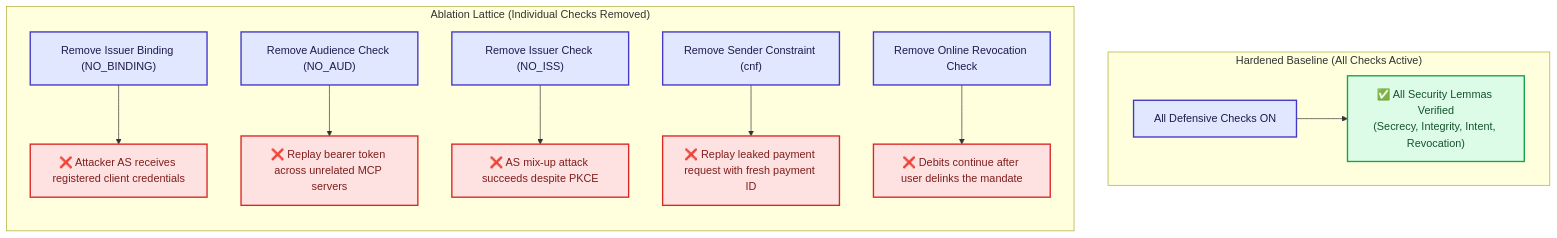
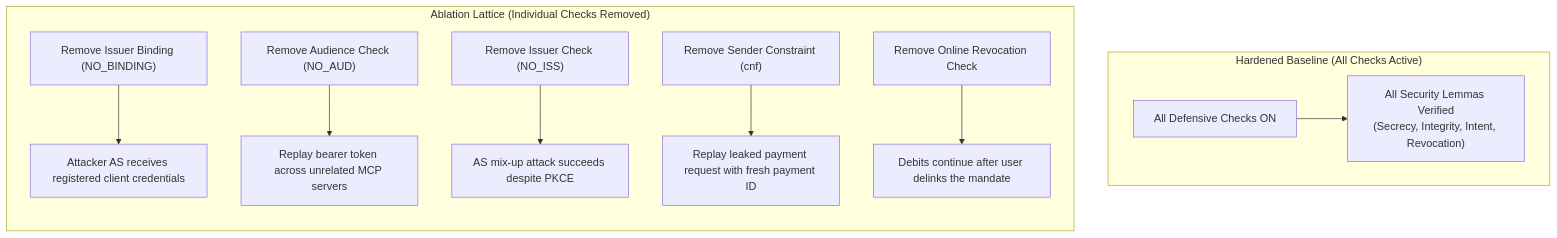
The second of 2 diagrams in blog/2026-11-ietf127-mcp-authorization.mdx (HarshThumar/mcp-auth-tamarin), drawn with Mermaid before and after one commit. The commit also changed other lines of this file and 2 other files, not shown here.

````diff
--- a/blog/2026-11-ietf127-mcp-authorization.mdx
+++ b/blog/2026-11-ietf127-mcp-authorization.mdx
@@ -85,19 +71,15 @@
 ```mermaid
 flowchart TD
-    classDef verified fill:#dcfce7,stroke:#16a34a,stroke-width:2px,color:#14532d;
-    classDef attack fill:#fee2e2,stroke:#dc2626,stroke-width:2px,color:#7f1d1d;
-    classDef check fill:#e0e7ff,stroke:#4338ca,stroke-width:2px,color:#1e1b4b;
-
     subgraph Hardened["Hardened Baseline (All Checks Active)"]
-        AllOn["All Defensive Checks ON"]:::check --> Proved["✅ All Security Lemmas Verified<br/>(Secrecy, Integrity, Intent, Revocation)"]:::verified
+        AllOn["All Defensive Checks ON"] --> Proved["All Security Lemmas Verified<br/>(Secrecy, Integrity, Intent, Revocation)"]
     end
 
     subgraph Lattice["Ablation Lattice (Individual Checks Removed)"]
         direction TB
-        F1["Remove Issuer Binding (NO_BINDING)"]:::check --> A1["❌ Attacker AS receives registered client credentials"]:::attack
-        F2["Remove Audience Check (NO_AUD)"]:::check --> A2["❌ Replay bearer token across unrelated MCP servers"]:::attack
-        F3["Remove Issuer Check (NO_ISS)"]:::check --> A3["❌ AS mix-up attack succeeds despite PKCE"]:::attack
-        F4["Remove Sender Constraint (cnf)"]:::check --> A4["❌ Replay leaked payment request with fresh payment ID"]:::attack
-        F5["Remove Online Revocation Check"]:::check --> A5["❌ Debits continue after user delinks the mandate"]:::attack
+        F1["Remove Issuer Binding (NO_BINDING)"] --> A1["Attacker AS receives registered client credentials"]
+        F2["Remove Audience Check (NO_AUD)"] --> A2["Replay bearer token across unrelated MCP servers"]
+        F3["Remove Issuer Check (NO_ISS)"] --> A3["AS mix-up attack succeeds despite PKCE"]
+        F4["Remove Sender Constraint (cnf)"] --> A4["Replay leaked payment request with fresh payment ID"]
+        F5["Remove Online Revocation Check"] --> A5["Debits continue after user delinks the mandate"]
     end
 ```
````
